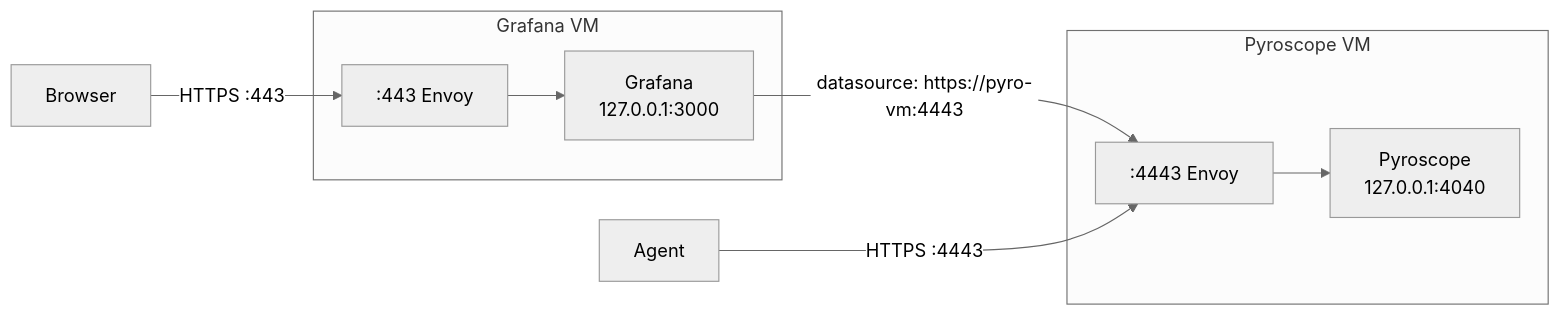
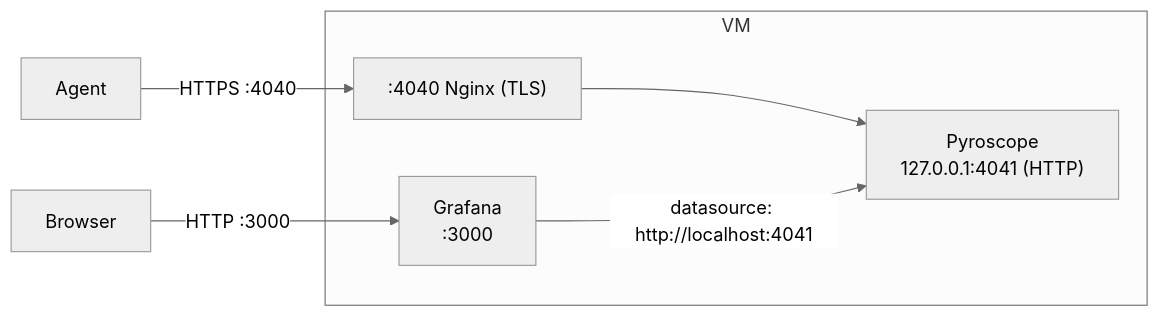
One commit to aff0gat000/pyroscope changed diagram 15 of 15 in docs/deployment-guide.md. Above: the diagram before and after it, drawn with Mermaid (neutral theme). The commit also changed other lines of this file and 1 other file, not shown here.

First line of the commit message:
Update TLS docs for F5 VIP + Nginx proxy architecture

````diff
--- a/docs/deployment-guide.md
+++ b/docs/deployment-guide.md
@@ -1566,12 +1667,10 @@
 ```mermaid
 graph LR
-    subgraph PyroVM["Pyroscope VM"]
-        EP[":4443 Envoy"] --> PP["Pyroscope<br/>127.0.0.1:4040"]
+    subgraph VM
+        N[":4040 Nginx (TLS)"] --> P["Pyroscope<br/>127.0.0.1:4041 (HTTP)"]
+        G["Grafana<br/>:3000"]
     end
-    subgraph GrafVM["Grafana VM"]
-        EG[":443 Envoy"] --> GG["Grafana<br/>127.0.0.1:3000"]
-    end
-    GG -->|"datasource: https://pyro-vm:4443"| EP
-    Agent -->|HTTPS :4443| EP
-    Browser -->|HTTPS :443| EG
+    Agent -->|HTTPS :4040| N
+    G -->|"datasource: http://localhost:4041"| P
+    Browser -->|HTTP :3000| G
 ```
````
